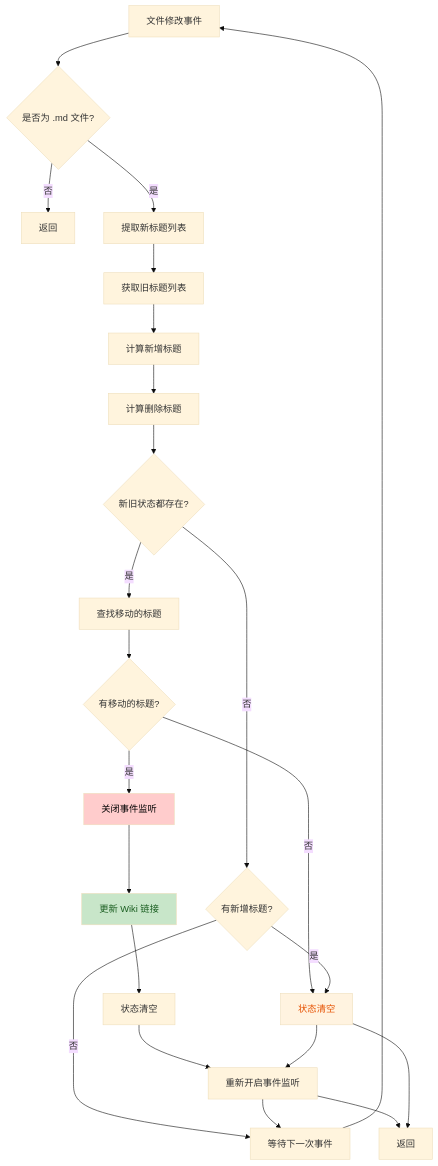
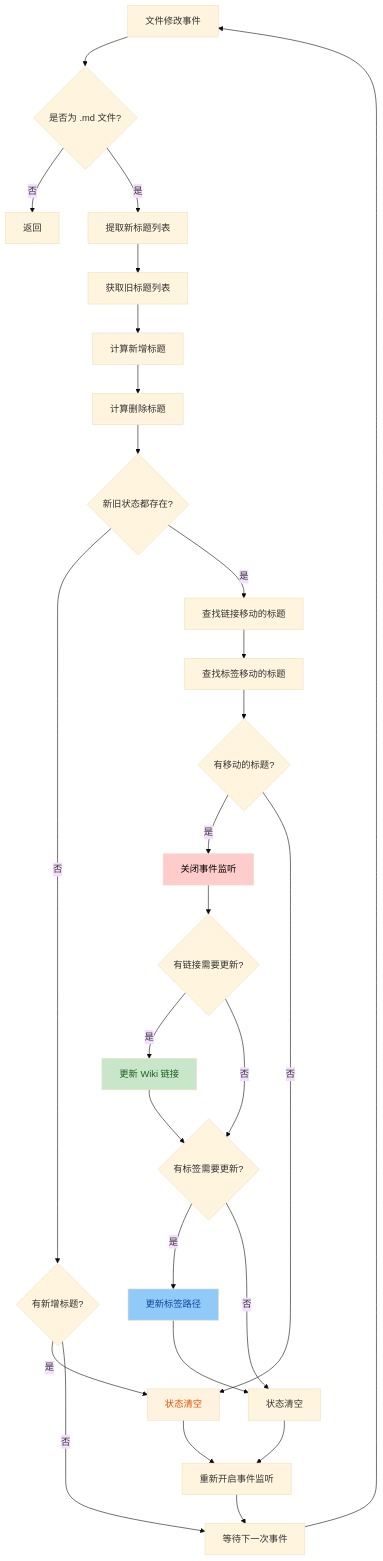
One commit to etchnight/obsidian-plugin-enhance-update-link changed the first of 3 diagrams in README.md. Above: the diagram before and after it, drawn with Mermaid (base theme). The commit also changed other lines of this file, not shown here.

````diff
--- a/README.md
+++ b/README.md
@@ -13,29 +14,34 @@
 ```mermaid
 flowchart TD
     A[文件修改事件] --> B{是否为 .md 文件?}
     B -->|否| C[返回]
     B -->|是| D[提取新标题列表]
     D --> E[获取旧标题列表]
     E --> F[计算新增标题]
     F --> G[计算删除标题]
     G --> H{新旧状态都存在?}
     H -->|否| I{有新增标题?}
-    H -->|是| J[查找移动的标题]
-    J --> K{有移动的标题?}
+    H -->|是| J1[查找链接移动的标题]
+    J1 --> J2[查找标签移动的标题]
+    J2 --> K{有移动的标题?}
     K -->|是| L[关闭事件监听]
     K -->|否| M[状态清空]
-    L --> N[更新 Wiki 链接]
-    N --> O[状态清空]
-    O --> P[重新开启事件监听]
-    M --> P
+    L --> N{有链接需要更新?}
+    N -->|是| O1[更新 Wiki 链接]
+    N -->|否| P1{有标签需要更新?}
+    O1 --> P1
+    P1 -->|是| O2[更新标签路径]
+    P1 -->|否| Q1[状态清空]
+    O2 --> Q1
+    Q1 --> Q2[重新开启事件监听]
+    M --> Q2
     I -->|是| M
-    I -->|否| Q[等待下一次事件]
-    P --> Q
-    Q --> A
-    P --> R[返回]
-    M --> R
+    I -->|否| R[等待下一次事件]
+    Q2 --> R
+    R --> A
     
     style L fill:#ffcccc,color:#000
-    style N fill:#c8e6c9,color:#1a5e20
+    style O1 fill:#c8e6c9,color:#1a5e20
+    style O2 fill:#90caf9,color:#0d47a1
     style M fill:#fff3e0,color:#e65100
 ```
````
